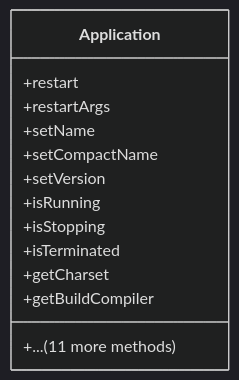
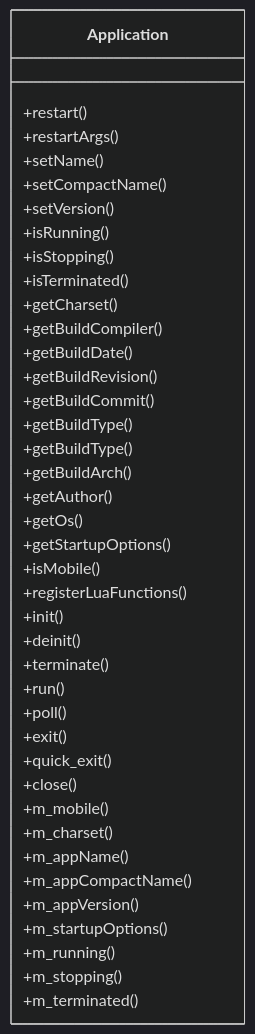
One commit to lukaszj321/otcv8-dev changed the diagram in docs/authoring/01_core/api/cpp/framework/diagrams/application.mmd. Above: the diagram before and after it, drawn with Mermaid. The commit also changed 60 other files, not shown here.

Commit message:
fix: show all methods in class diagrams without truncation

```diff
--- a/docs/authoring/01_core/api/cpp/framework/diagrams/application.mmd
+++ b/docs/authoring/01_core/api/cpp/framework/diagrams/application.mmd
@@ -1,15 +1,42 @@
 %%{init: {'theme':'dark','themeVariables': {'primaryTextColor':'#ddd','lineColor':'#9aa0a6'},'securityLevel':'loose'}}%%
 classDiagram
     class Application {
-        +restart
-        +restartArgs
-        +setName
-        +setCompactName
-        +setVersion
-        +isRunning
-        +isStopping
-        +isTerminated
-        +getCharset
-        +getBuildCompiler
-        +... (11 more methods)
+        +restart()
+        +restartArgs()
+        +setName()
+        +setCompactName()
+        +setVersion()
+        +isRunning()
+        +isStopping()
+        +isTerminated()
+        +getCharset()
+        +getBuildCompiler()
+        +getBuildDate()
+        +getBuildRevision()
+        +getBuildCommit()
+        +getBuildType()
+        +getBuildType()
+        +getBuildArch()
+        +getAuthor()
+        +getOs()
+        +getStartupOptions()
+        +isMobile()
+        +registerLuaFunctions()
+        +init()
+        +deinit()
+        +terminate()
+        +run()
+        +poll()
+        +exit()
+        +quick_exit()
+        +close()
+        +m_mobile()
+        +m_charset()
+        +m_appName()
+        +m_appCompactName()
+        +m_appVersion()
+        +m_startupOptions()
+        +m_running()
+        +m_stopping()
+        +m_terminated()
     }
```
